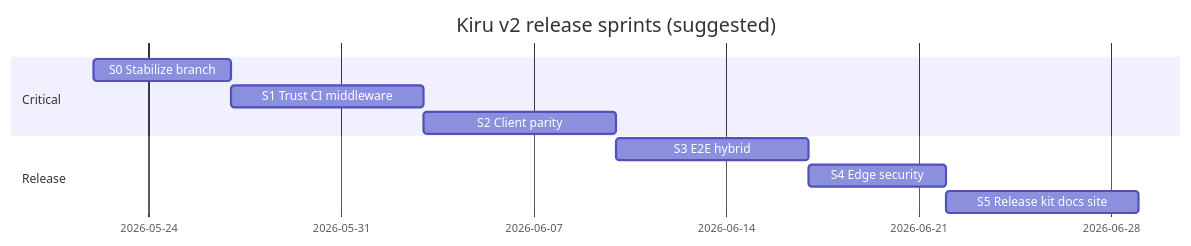
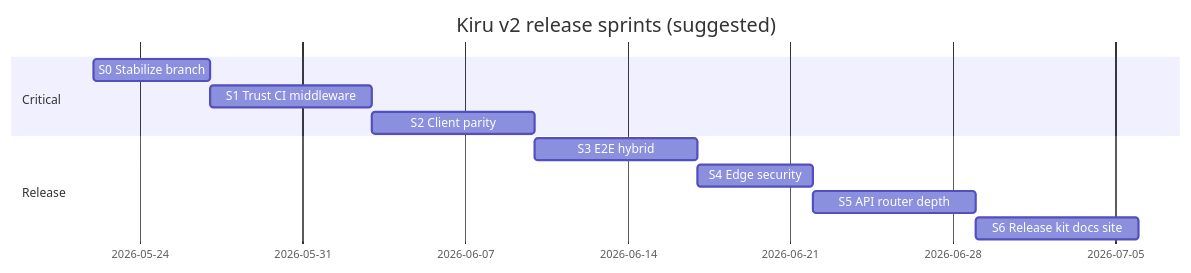
The diagram in docs/v2/18-release-sprint-todos.md (kirujs/kiru), drawn with Mermaid before and after one commit. The commit also changed other lines of this file and 81 other files, not shown here.

````diff
--- a/docs/v2/18-release-sprint-todos.md
+++ b/docs/v2/18-release-sprint-todos.md
@@ -36,13 +37,14 @@
 ```mermaid
 gantt
   title Kiru v2 release sprints (suggested)
   dateFormat YYYY-MM-DD
   section Critical
   S0 Stabilize branch     :s0, 2026-05-22, 5d
   S1 Trust CI middleware  :s1, after s0, 7d
   S2 Client parity          :s2, after s1, 7d
   section Release
   S3 E2E hybrid             :s3, after s2, 7d
   S4 Edge security          :s4, after s3, 5d
-  S5 Release kit docs site  :s5, after s4, 7d
+  S5 API router depth       :s5, after s4, 7d
+  S6 Release kit docs site  :s6, after s5, 7d
 ```
````
